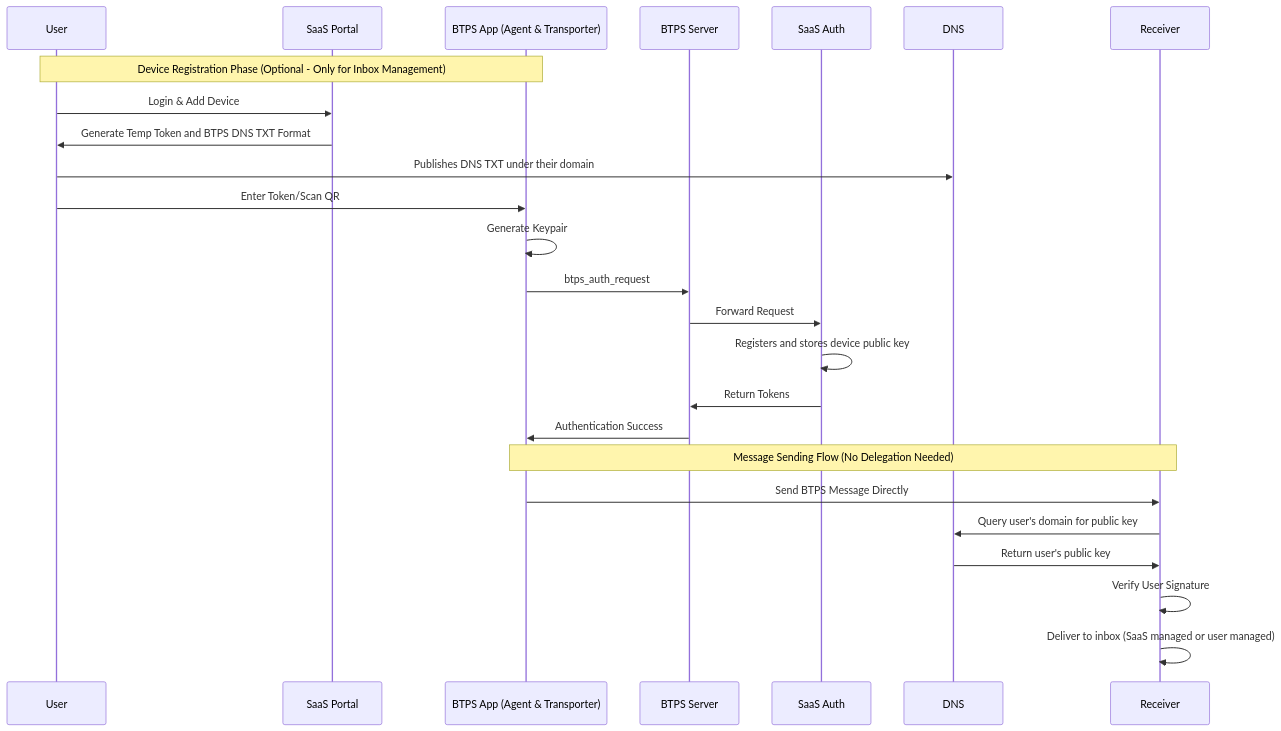
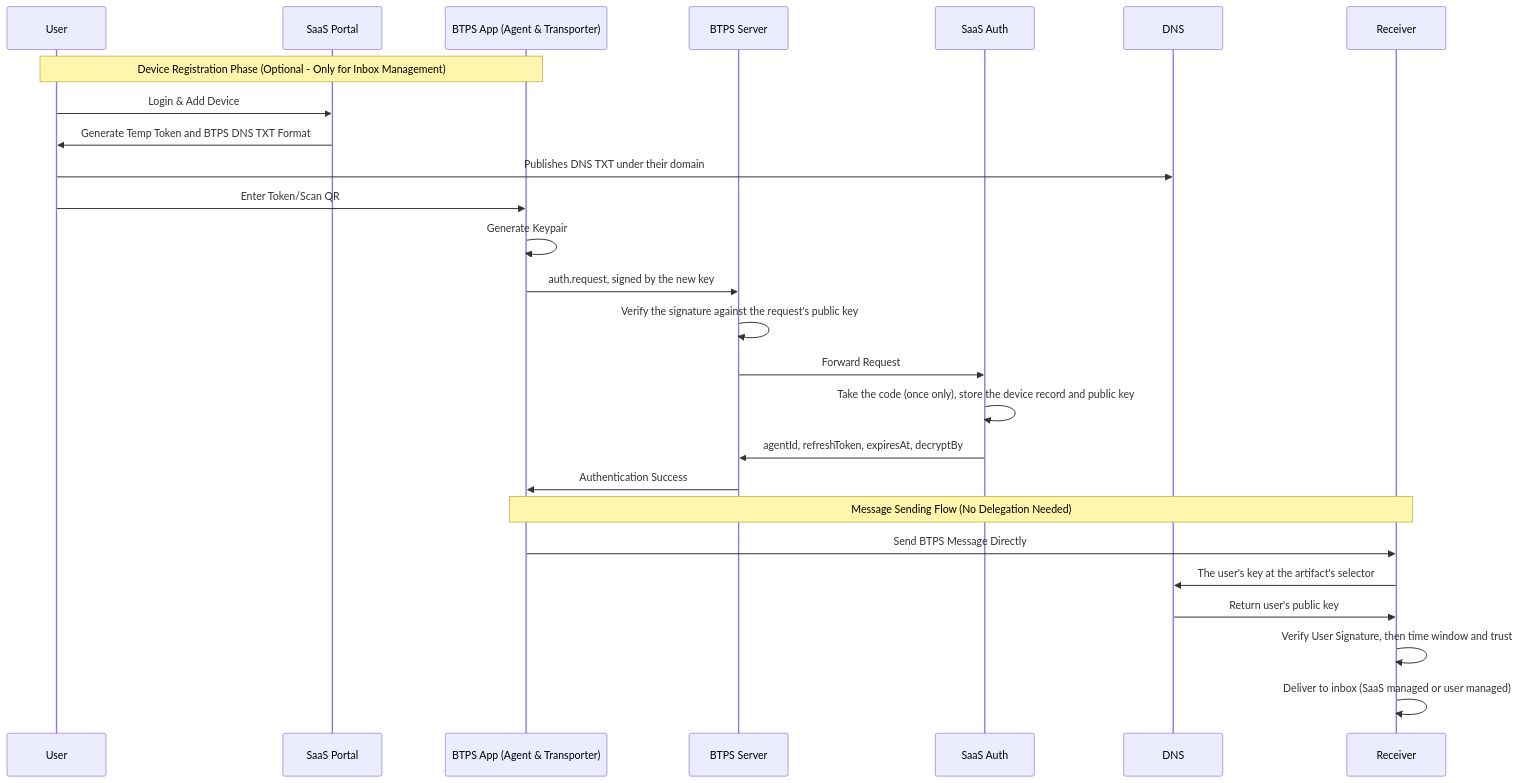
Before and after one commit to openbtps/btps-node: the third of 3 diagrams in docs/docusaurus/docs/protocol/delegation/delegationFlow.md, drawn with Mermaid. The commit also changed other lines of this file and 26 other files, not shown here.

First line of the commit message:
Docs: bring every diagram in line with 1.1

````diff
--- a/docs/docusaurus/docs/protocol/delegation/delegationFlow.md
+++ b/docs/docusaurus/docs/protocol/delegation/delegationFlow.md
@@ -117,29 +129,30 @@
 ```mermaid
 sequenceDiagram
     participant User
     participant SaaS Portal
     participant BTPS App (Agent & Transporter)
     participant BTPS Server
     participant SaaS Auth
     participant DNS
     participant Receiver
 
     Note over User,BTPS App (Agent & Transporter): Device Registration Phase (Optional - Only for Inbox Management)
     User->>SaaS Portal: Login & Add Device
     SaaS Portal->>User: Generate Temp Token and BTPS DNS TXT Format
     User->>DNS: Publishes DNS TXT under their domain
     User->>BTPS App (Agent & Transporter): Enter Token/Scan QR
     BTPS App (Agent & Transporter)->>BTPS App (Agent & Transporter): Generate Keypair
-    BTPS App (Agent & Transporter)->>BTPS Server: btps_auth_request
+    BTPS App (Agent & Transporter)->>BTPS Server: auth.request, signed by the new key
+    BTPS Server->>BTPS Server: Verify the signature against the request's public key
     BTPS Server->>SaaS Auth: Forward Request
-    SaaS Auth->>SaaS Auth: Registers and stores device public key
-    SaaS Auth->>BTPS Server: Return Tokens
+    SaaS Auth->>SaaS Auth: Take the code (once only), store the device record and public key
+    SaaS Auth->>BTPS Server: agentId, refreshToken, expiresAt, decryptBy
     BTPS Server->>BTPS App (Agent & Transporter): Authentication Success
 
     Note over BTPS App (Agent & Transporter),Receiver: Message Sending Flow (No Delegation Needed)
     BTPS App (Agent & Transporter)->>Receiver: Send BTPS Message Directly
-    Receiver->>DNS: Query user's domain for public key
+    Receiver->>DNS: The user's key at the artifact's selector
     DNS->>Receiver: Return user's public key
-    Receiver->>Receiver: Verify User Signature
+    Receiver->>Receiver: Verify User Signature, then time window and trust
     Receiver->>Receiver: Deliver to inbox (SaaS managed or user managed)
 ```
````
